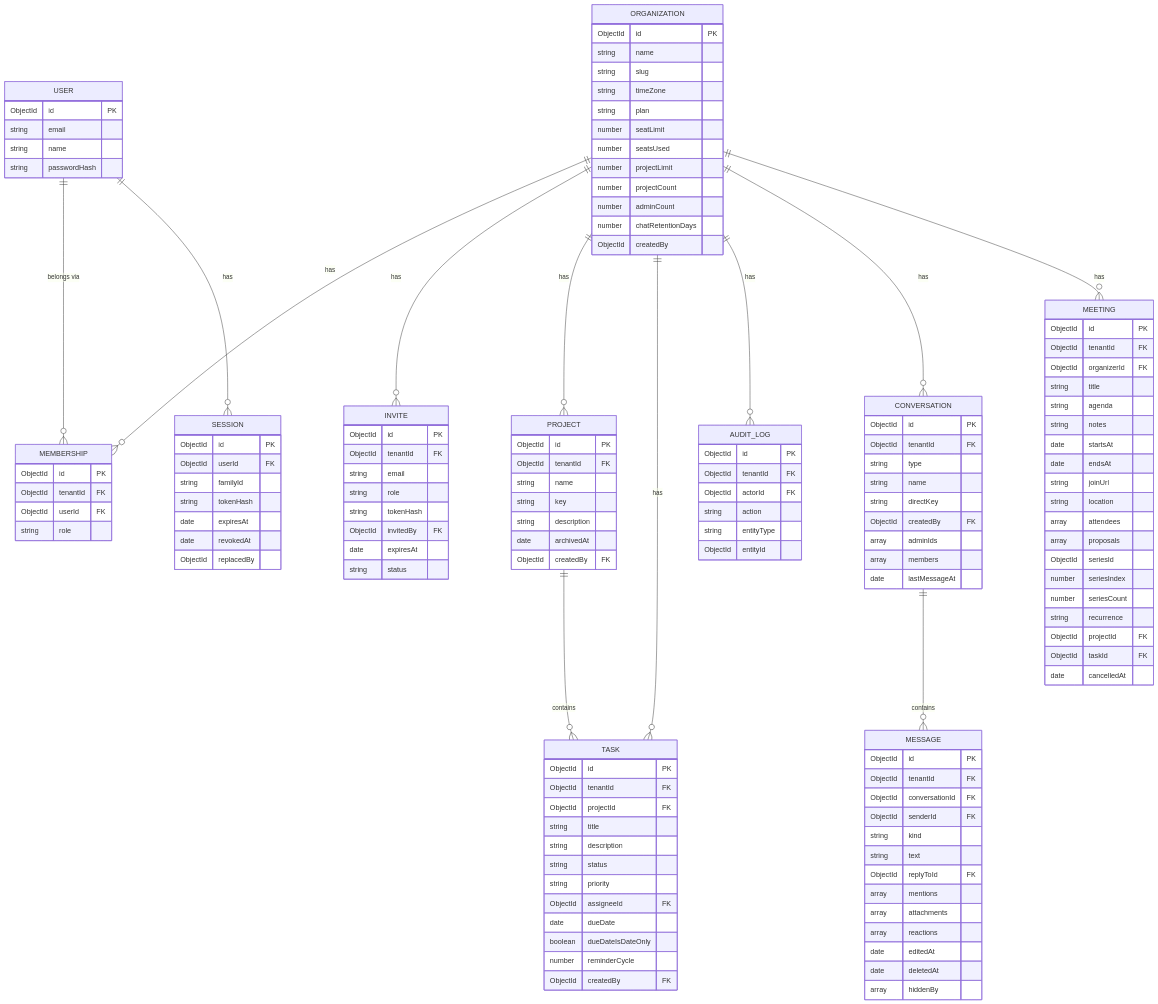
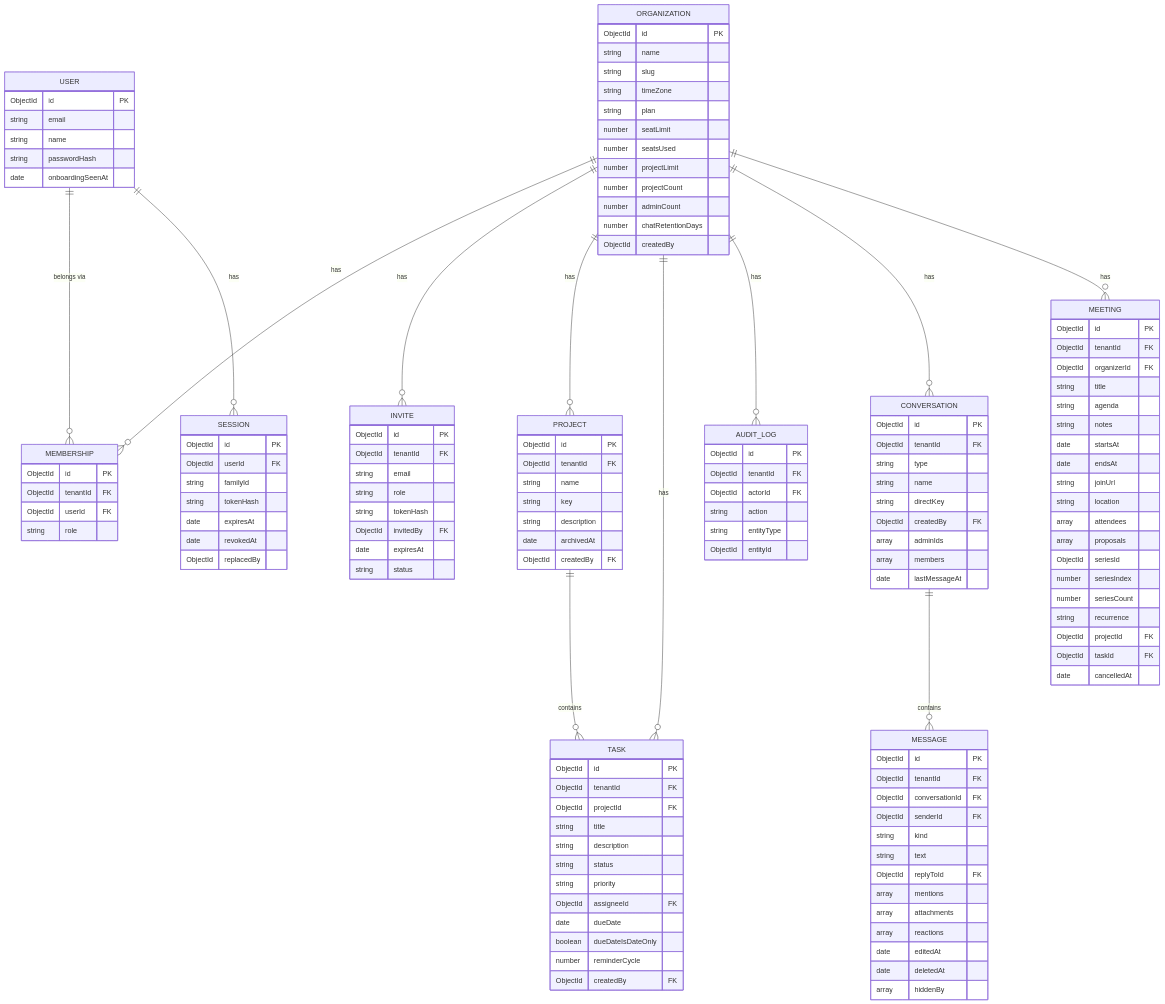
The diagram in docs/data-model.mmd (sprahasingh/WorkNest), drawn with Mermaid before and after one commit. The commit also changed 72 other files, not shown here.

```diff
--- a/docs/data-model.mmd
+++ b/docs/data-model.mmd
@@ -1,136 +1,137 @@
 erDiagram
     ORGANIZATION ||--o{ MEMBERSHIP : "has"
     ORGANIZATION ||--o{ INVITE : "has"
     ORGANIZATION ||--o{ PROJECT : "has"
     ORGANIZATION ||--o{ TASK : "has"
     ORGANIZATION ||--o{ AUDIT_LOG : "has"
     USER ||--o{ MEMBERSHIP : "belongs via"
     USER ||--o{ SESSION : "has"
     PROJECT ||--o{ TASK : "contains"
     ORGANIZATION ||--o{ CONVERSATION : "has"
     CONVERSATION ||--o{ MESSAGE : "contains"
     ORGANIZATION ||--o{ MEETING : "has"
 
     ORGANIZATION {
         ObjectId id PK
         string name
         string slug
         string timeZone
         string plan
         number seatLimit
         number seatsUsed
         number projectLimit
         number projectCount
         number adminCount
         number chatRetentionDays
         ObjectId createdBy
     }
     USER {
         ObjectId id PK
         string email
         string name
         string passwordHash
+        date onboardingSeenAt
     }
     SESSION {
         ObjectId id PK
         ObjectId userId FK
         string familyId
         string tokenHash
         date expiresAt
         date revokedAt
         ObjectId replacedBy
     }
     MEMBERSHIP {
         ObjectId id PK
         ObjectId tenantId FK
         ObjectId userId FK
         string role
     }
     INVITE {
         ObjectId id PK
         ObjectId tenantId FK
         string email
         string role
         string tokenHash
         ObjectId invitedBy FK
         date expiresAt
         string status
     }
     PROJECT {
         ObjectId id PK
         ObjectId tenantId FK
         string name
         string key
         string description
         date archivedAt
         ObjectId createdBy FK
     }
     TASK {
         ObjectId id PK
         ObjectId tenantId FK
         ObjectId projectId FK
         string title
         string description
         string status
         string priority
         ObjectId assigneeId FK
         date dueDate
         boolean dueDateIsDateOnly
         number reminderCycle
         ObjectId createdBy FK
     }
     AUDIT_LOG {
         ObjectId id PK
         ObjectId tenantId FK
         ObjectId actorId FK
         string action
         string entityType
         ObjectId entityId
     }
     CONVERSATION {
         ObjectId id PK
         ObjectId tenantId FK
         string type
         string name
         string directKey
         ObjectId createdBy FK
         array adminIds
         array members
         date lastMessageAt
     }
     MESSAGE {
         ObjectId id PK
         ObjectId tenantId FK
         ObjectId conversationId FK
         ObjectId senderId FK
         string kind
         string text
         ObjectId replyToId FK
         array mentions
         array attachments
         array reactions
         date editedAt
         date deletedAt
         array hiddenBy
     }
     MEETING {
         ObjectId id PK
         ObjectId tenantId FK
         ObjectId organizerId FK
         string title
         string agenda
         string notes
         date startsAt
         date endsAt
         string joinUrl
         string location
         array attendees
         array proposals
         ObjectId seriesId
         number seriesIndex
         number seriesCount
         string recurrence
         ObjectId projectId FK
         ObjectId taskId FK
         date cancelledAt
     }
```
